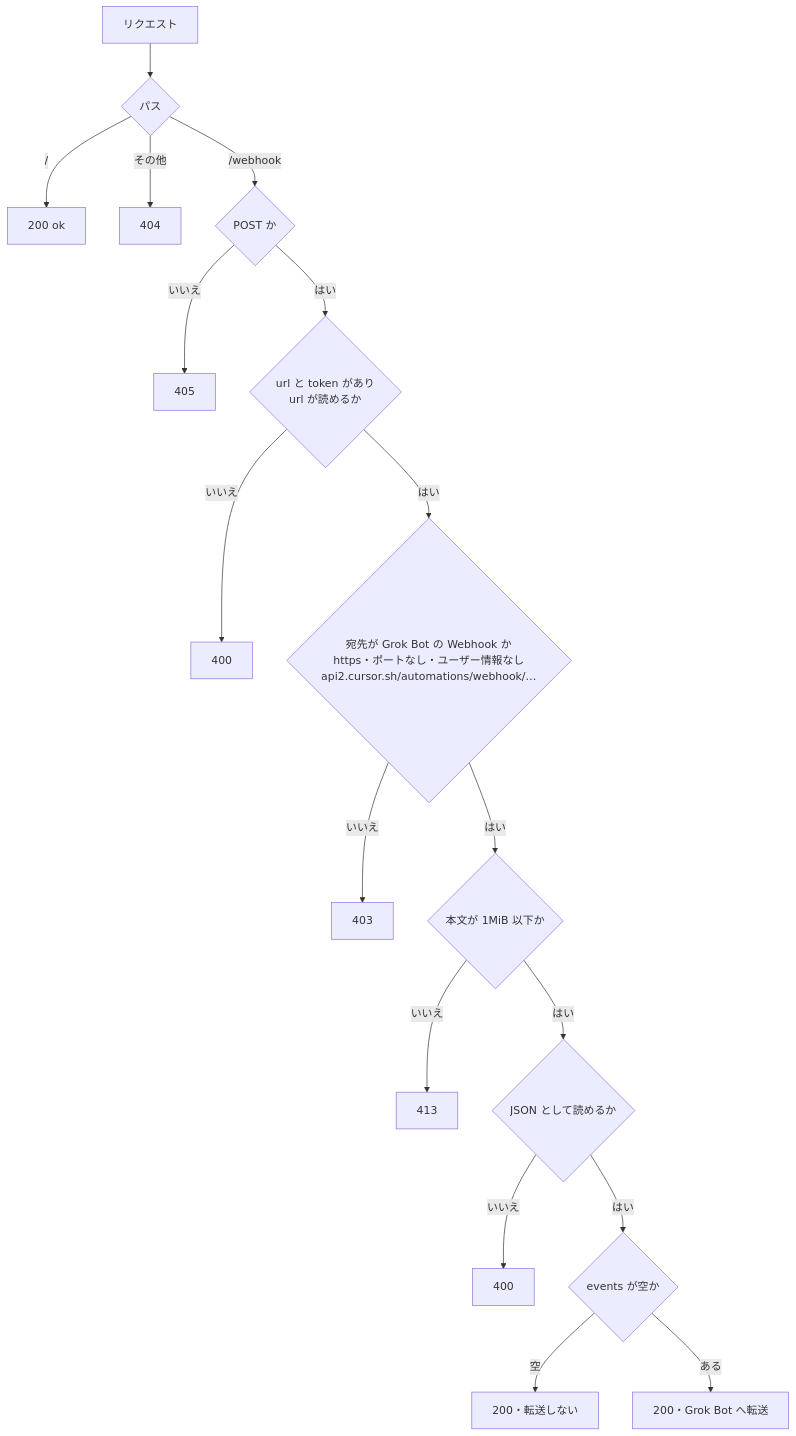
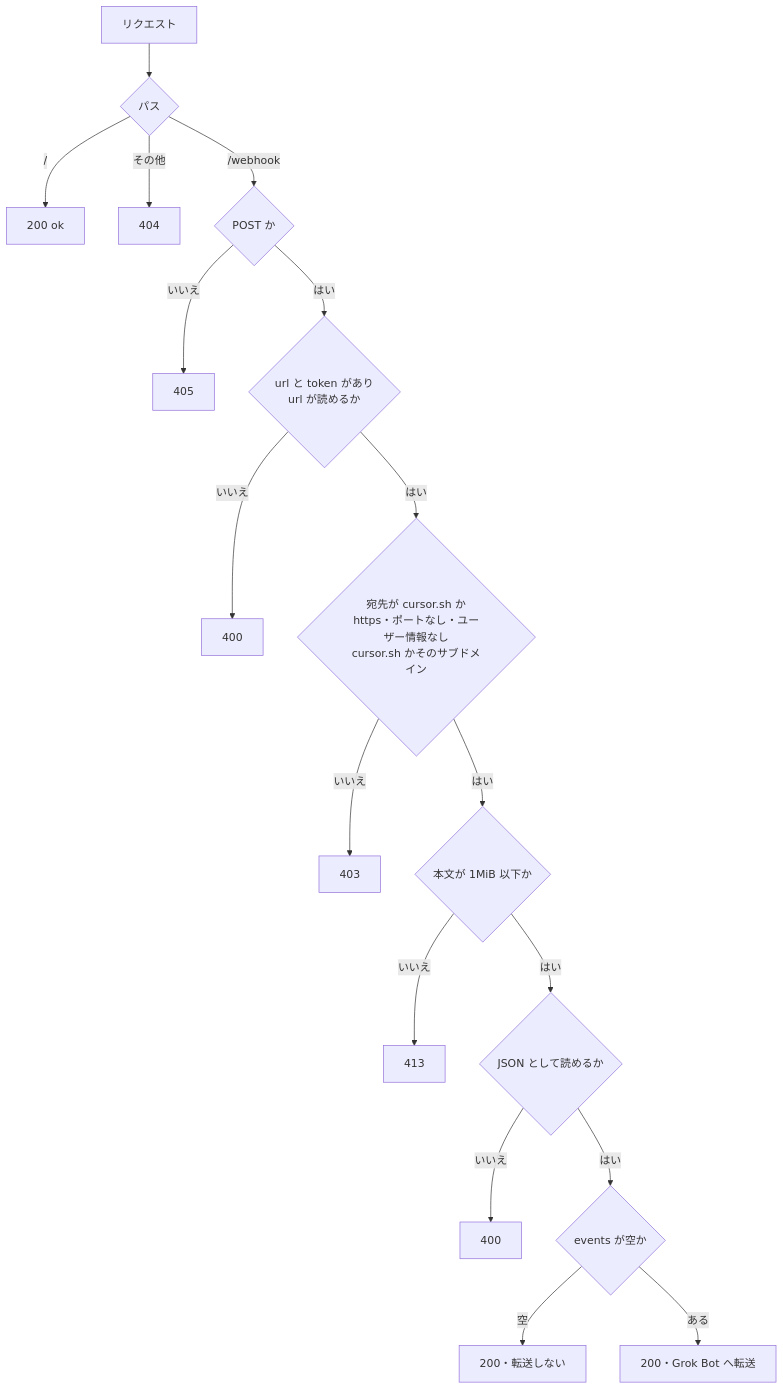
Before and after one commit to keesmark/grok-bot-harness-line: the second of 2 diagrams in README.md, drawn with Mermaid. The commit also changed other lines of this file and 4 other files, not shown here.

First line of the commit message:
Allow any https URL on cursor.sh instead of one fixed webhook path

````diff
--- a/README.md
+++ b/README.md
@@ -65,19 +65,19 @@
 ```mermaid
 flowchart TD
     A[リクエスト] --> B{パス}
     B -- / --> OK[200 ok]
     B -- その他 --> N404[404]
     B -- /webhook --> C{POST か}
     C -- いいえ --> N405[405]
     C -- はい --> D{url と token があり<br/>url が読めるか}
     D -- いいえ --> N400a[400]
-    D -- はい --> E{宛先が Grok Bot の Webhook か<br/>https・ポートなし・ユーザー情報なし<br/>api2.cursor.sh/automations/webhook/…}
+    D -- はい --> E{宛先が cursor.sh か<br/>https・ポートなし・ユーザー情報なし<br/>cursor.sh かそのサブドメイン}
     E -- いいえ --> N403[403]
     E -- はい --> F{本文が 1MiB 以下か}
     F -- いいえ --> N413[413]
     F -- はい --> G{JSON として読めるか}
     G -- いいえ --> N400b[400]
     G -- はい --> H{events が空か}
     H -- 空 --> R200a[200・転送しない]
     H -- ある --> R200b[200・Grok Bot へ転送]
 ```
````
